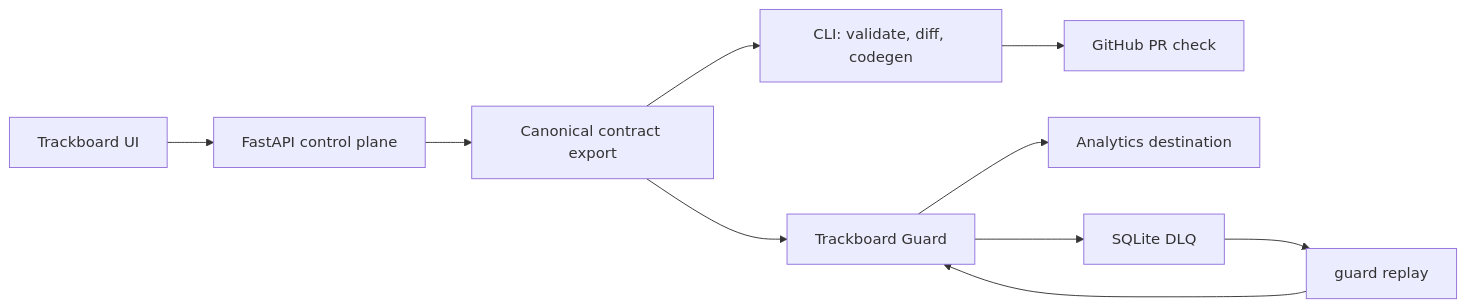
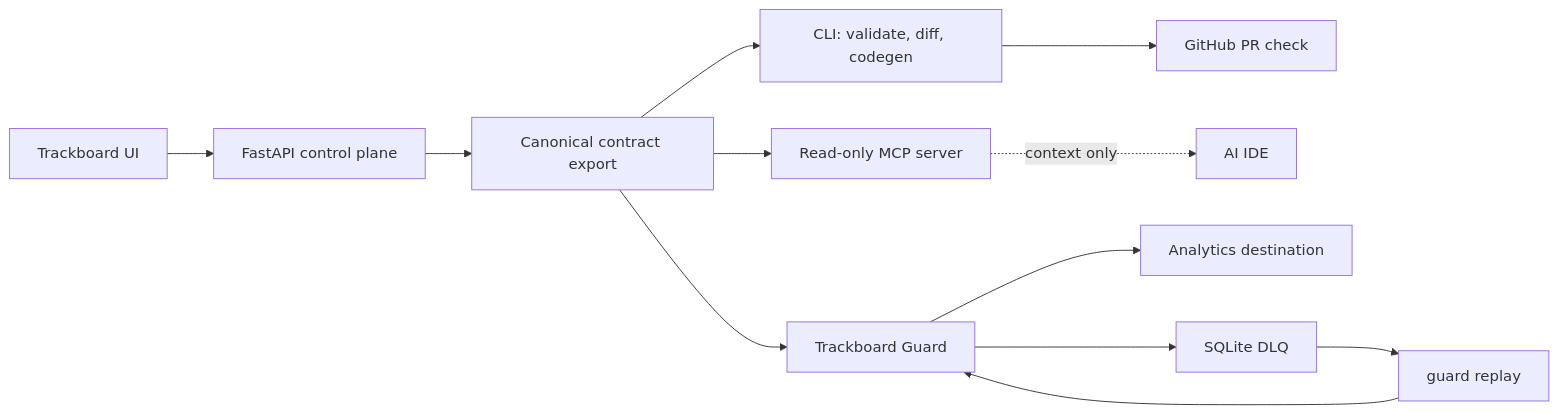
One commit to Astoriel/trackboard changed the diagram in README.md. Above: the diagram before and after it, drawn with Mermaid. The commit also changed other lines of this file and 32 other files, not shown here.

Commit message:
feat: add agent-aware contracts and MCP server

````diff
--- a/README.md
+++ b/README.md
@@ -37,12 +40,14 @@
 ```mermaid
 flowchart LR
   UI["Trackboard UI"] --> API["FastAPI control plane"]
   API --> Export["Canonical contract export"]
   Export --> CLI["CLI: validate, diff, codegen"]
   CLI --> Action["GitHub PR check"]
+  Export --> MCP["Read-only MCP server"]
+  MCP -. context only .-> IDE["AI IDE"]
   Export --> Guard["Trackboard Guard"]
   Guard --> Destination["Analytics destination"]
   Guard --> DLQ["SQLite DLQ"]
   DLQ --> Replay["guard replay"]
   Replay --> Guard
 ```
````
